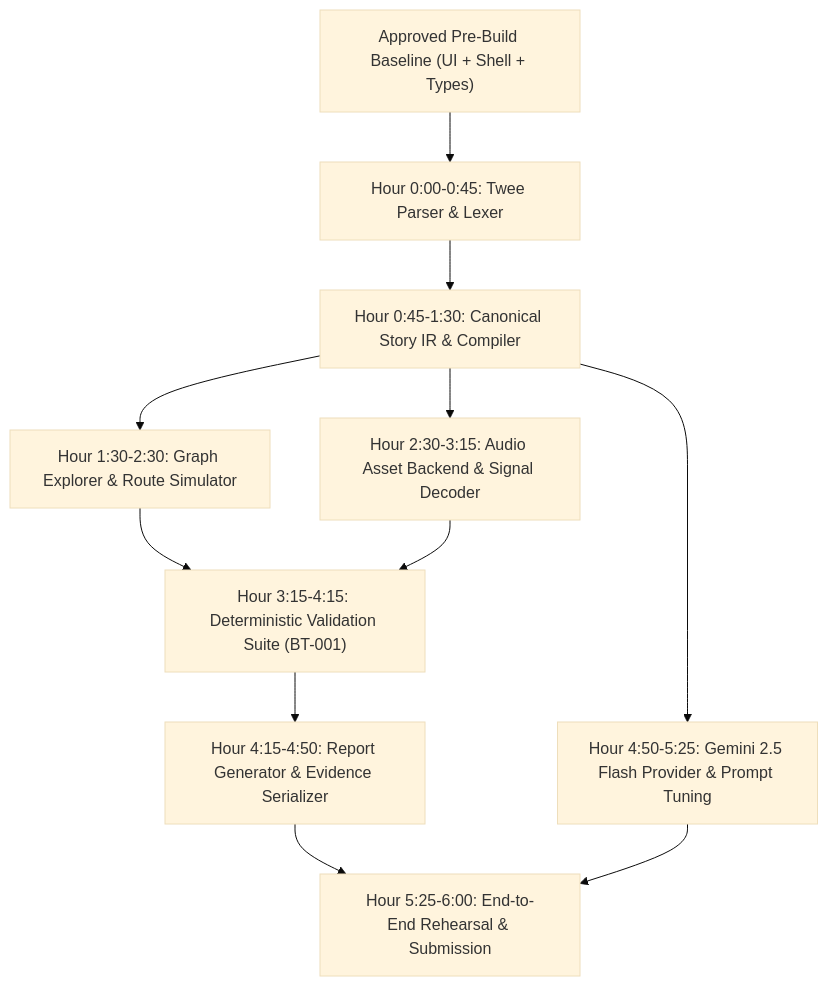
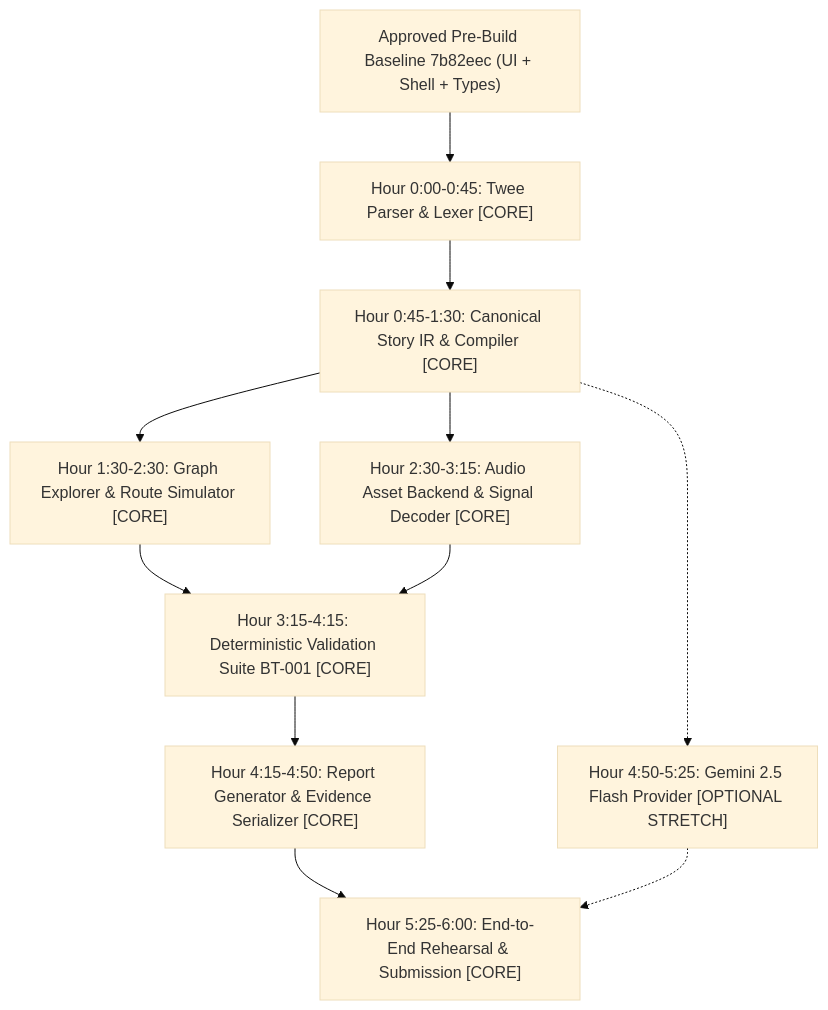
The diagram in LIVE_SPRINT_RUNBOOK.md (ashishacharjee/BranchTone), drawn with Mermaid (base theme) before and after one commit. The commit also changed other lines of this file and 6 other files, not shown here.

Commit message:
docs: refine sprint preparation with core pipeline priority, asset taxonomy, and contingency protocols

````diff
--- a/LIVE_SPRINT_RUNBOOK.md
+++ b/LIVE_SPRINT_RUNBOOK.md
@@ -12,13 +18,13 @@
 ```mermaid
 flowchart TD
-    BASELINE["Approved Pre-Build Baseline (UI + Shell + Types)"] --> M1["Hour 0:00-0:45: Twee Parser & Lexer"]
-    M1 --> M2["Hour 0:45-1:30: Canonical Story IR & Compiler"]
-    M2 --> M3["Hour 1:30-2:30: Graph Explorer & Route Simulator"]
-    M2 --> M4["Hour 2:30-3:15: Audio Asset Backend & Signal Decoder"]
-    M3 --> M5["Hour 3:15-4:15: Deterministic Validation Suite (BT-001)"]
+    BASELINE["Approved Pre-Build Baseline 7b82eec (UI + Shell + Types)"] --> M1["Hour 0:00-0:45: Twee Parser & Lexer [CORE]"]
+    M1 --> M2["Hour 0:45-1:30: Canonical Story IR & Compiler [CORE]"]
+    M2 --> M3["Hour 1:30-2:30: Graph Explorer & Route Simulator [CORE]"]
+    M2 --> M4["Hour 2:30-3:15: Audio Asset Backend & Signal Decoder [CORE]"]
+    M3 --> M5["Hour 3:15-4:15: Deterministic Validation Suite BT-001 [CORE]"]
     M4 --> M5
-    M5 --> M6["Hour 4:15-4:50: Report Generator & Evidence Serializer"]
-    M2 --> M7["Hour 4:50-5:25: Gemini 2.5 Flash Provider & Prompt Tuning"]
-    M6 --> M8["Hour 5:25-6:00: End-to-End Rehearsal & Submission"]
-    M7 --> M8
+    M5 --> M6["Hour 4:15-4:50: Report Generator & Evidence Serializer [CORE]"]
+    M2 -.-> M7["Hour 4:50-5:25: Gemini 2.5 Flash Provider [OPTIONAL STRETCH]"]
+    M6 --> M8["Hour 5:25-6:00: End-to-End Rehearsal & Submission [CORE]"]
+    M7 -.-> M8
 ```
````
